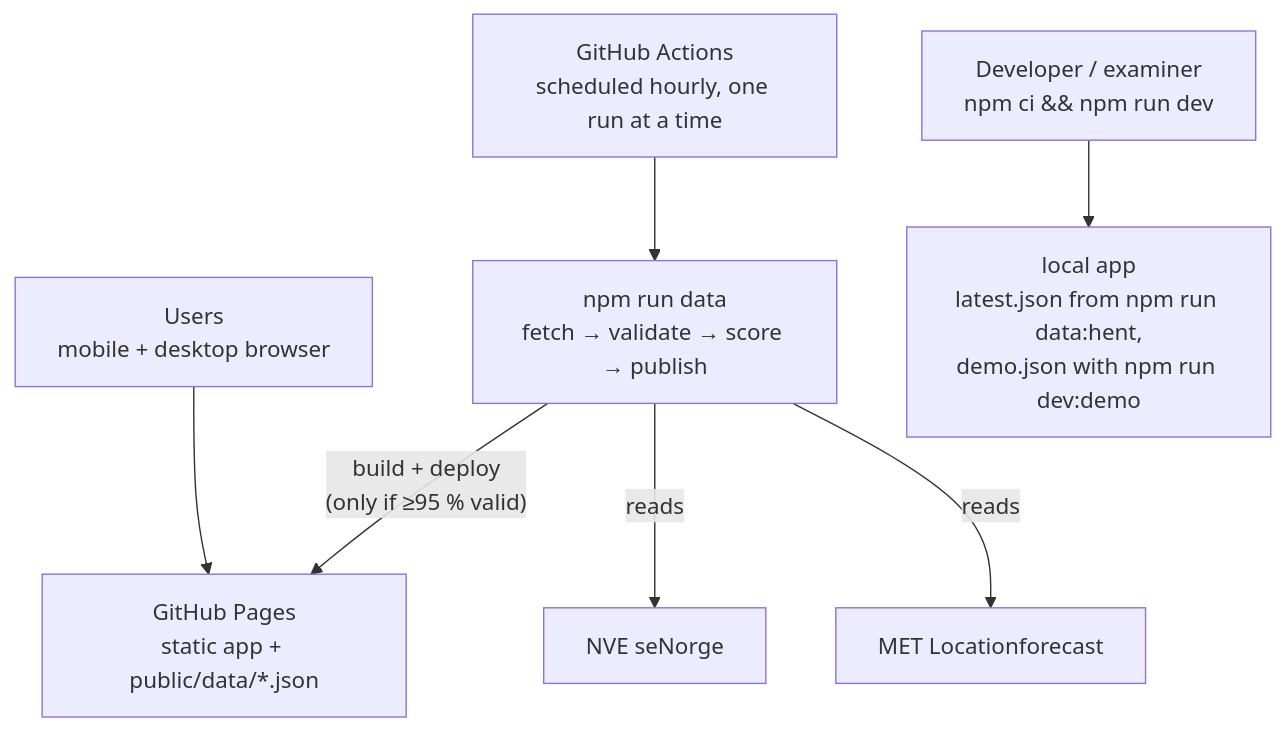
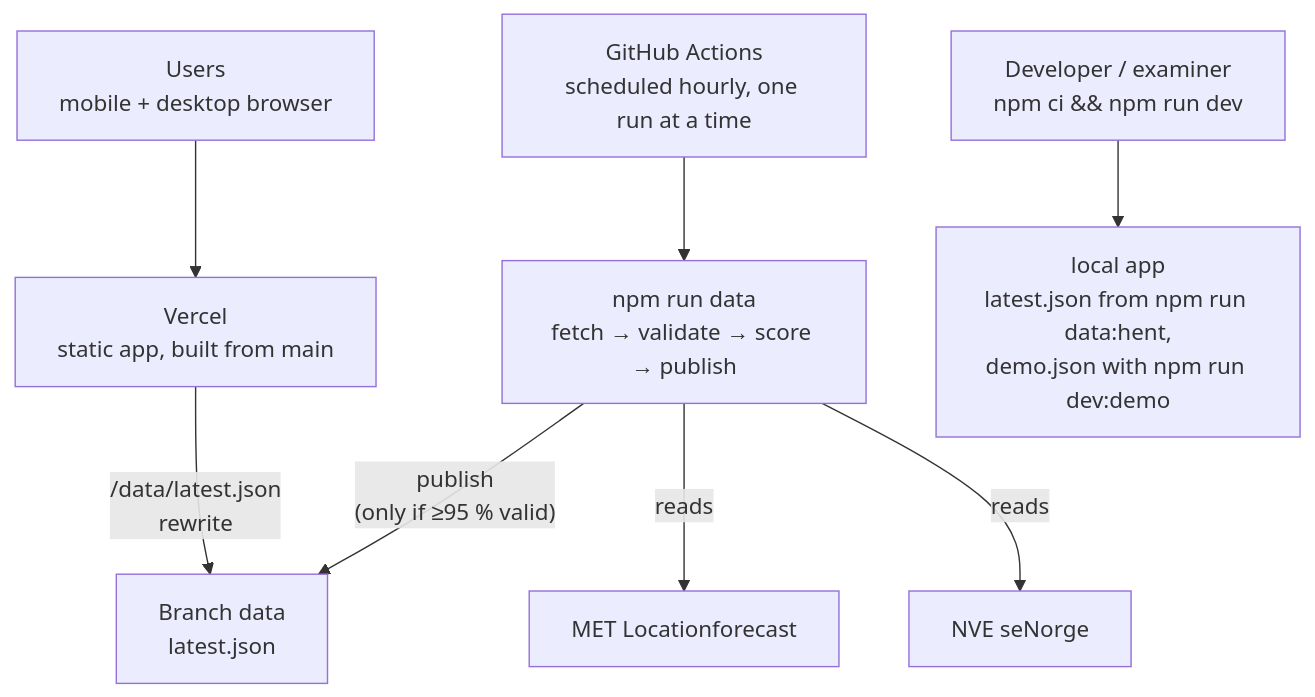
The second of 2 diagrams in project-phase-folders/2-Planleggingsfasen/SnowFinder-Arkitektur.md (IBE160-2026/G18-bikila-dymbe-gela-james), drawn with Mermaid before and after one commit. The commit also changed other lines of this file and 14 other files, not shown here.

Commit message:
docs: endringsforslag og dokumenter for Vercel i stedet for GitHub Pages

````diff
--- a/project-phase-folders/2-Planleggingsfasen/SnowFinder-Arkitektur.md
+++ b/project-phase-folders/2-Planleggingsfasen/SnowFinder-Arkitektur.md
@@ -338,9 +341,10 @@
 ```mermaid
 flowchart TB
-    U["Users<br/>mobile + desktop browser"] --> PAGES["GitHub Pages<br/>static app + public/data/*.json"]
+    U["Users<br/>mobile + desktop browser"] --> VERCEL["Vercel<br/>static app, built from main"]
+    VERCEL -- "/data/latest.json<br/>rewrite" --> BRANCH["Branch data<br/>latest.json"]
     CRON["GitHub Actions<br/>scheduled hourly, one run at a time"] --> RUN["npm run data<br/>fetch → validate → score → publish"]
     RUN -- "reads" --> MET["MET Locationforecast"]
     RUN -- "reads" --> NVE["NVE seNorge"]
-    RUN -- "build + deploy<br/>(only if ≥95 % valid)" --> PAGES
+    RUN -- "publish<br/>(only if ≥95 % valid)" --> BRANCH
     DEV["Developer / examiner<br/>npm ci && npm run dev"] --> LOCAL["local app<br/>latest.json from npm run data:hent,<br/>demo.json with npm run dev:demo"]
 ```
````
